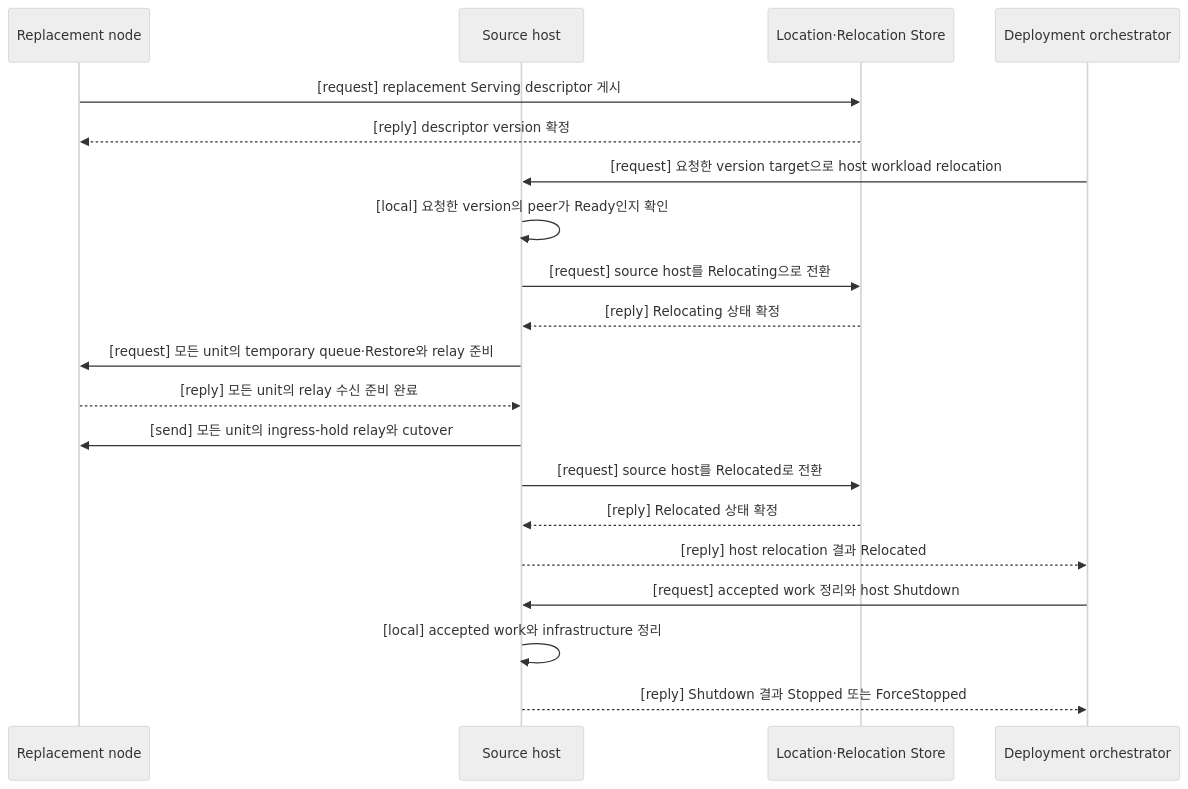
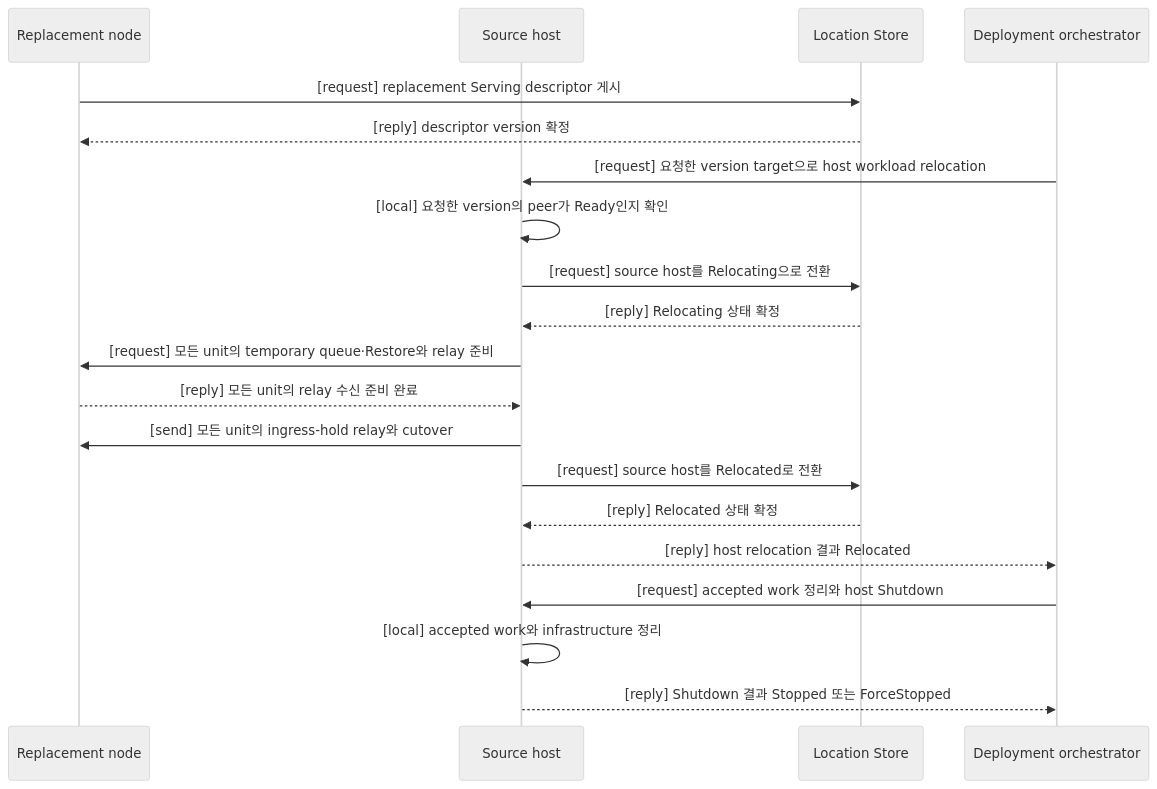
One commit to zlink-systems/zlink changed the second of 8 diagrams in framework/doc/framework/common/spec/server/30-host-relocation-flow.ko.md. Above: the diagram before and after it, drawn with Mermaid (neutral theme). The commit also changed other lines of this file and 145 other files, not shown here.

````diff
--- a/framework/doc/framework/common/spec/server/30-host-relocation-flow.ko.md
+++ b/framework/doc/framework/common/spec/server/30-host-relocation-flow.ko.md
@@ -303,23 +315,23 @@
 ```mermaid
 sequenceDiagram
     participant Target as Replacement node
     participant Source as Source host
-    participant Store as Location·Relocation Store
+    participant Store as Location Store
     participant App as Deployment orchestrator
 
     Target->>Store: [request] replacement Serving descriptor 게시
     Store-->>Target: [reply] descriptor version 확정
     App->>Source: [request] 요청한 version target으로 host workload relocation
     Source->>Source: [local] 요청한 version의 peer가 Ready인지 확인
     Source->>Store: [request] source host를 Relocating으로 전환
     Store-->>Source: [reply] Relocating 상태 확정
     Source->>Target: [request] 모든 unit의 temporary queue·Restore와 relay 준비
     Target-->>Source: [reply] 모든 unit의 relay 수신 준비 완료
     Source->>Target: [send] 모든 unit의 ingress-hold relay와 cutover
     Source->>Store: [request] source host를 Relocated로 전환
     Store-->>Source: [reply] Relocated 상태 확정
     Source-->>App: [reply] host relocation 결과 Relocated
     App->>Source: [request] accepted work 정리와 host Shutdown
     Source->>Source: [local] accepted work와 infrastructure 정리
     Source-->>App: [reply] Shutdown 결과 Stopped 또는 ForceStopped
 ```
````
